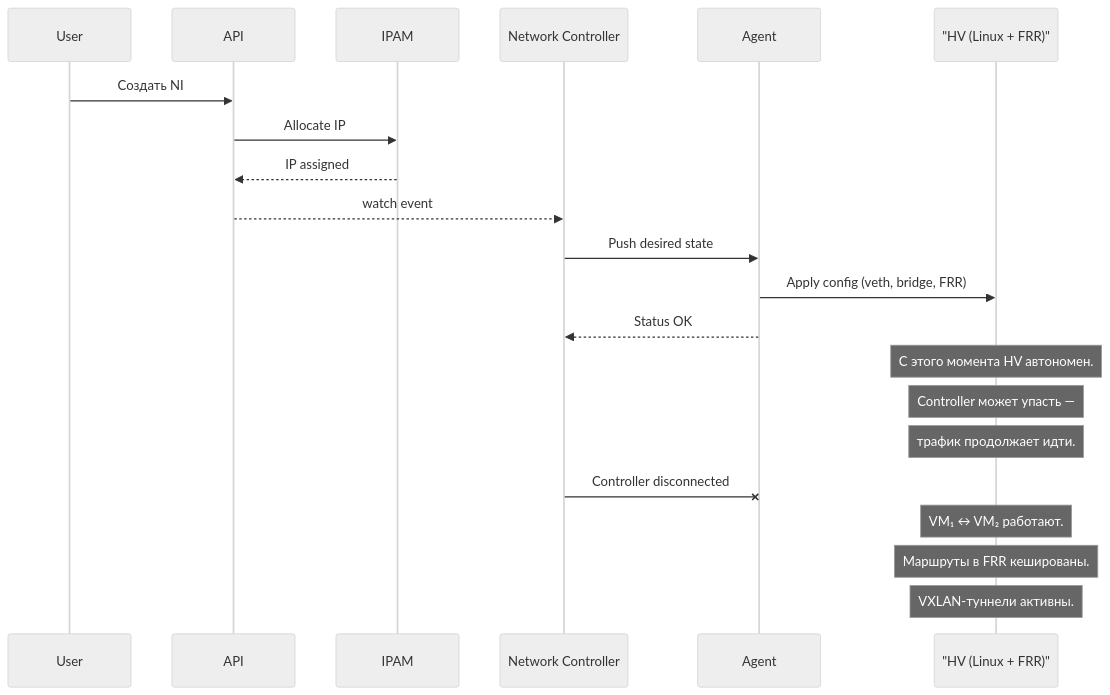
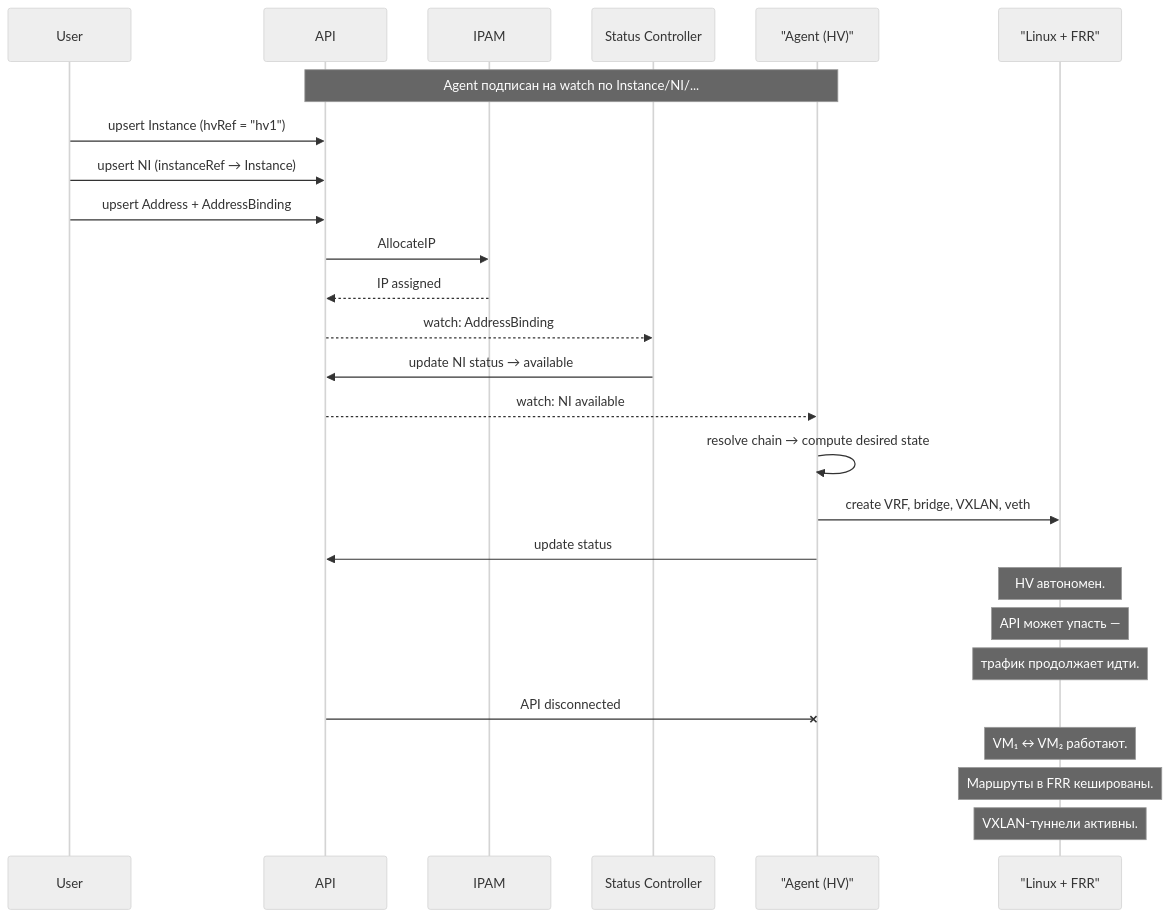
One commit to PRO-Robotech/in-cloud-vpc changed the fourth of 8 diagrams in ARCHITECTURE.md. Above: the diagram before and after it, drawn with Mermaid (neutral theme). The commit also changed other lines of this file and 3 other files, not shown here.

````diff
--- a/ARCHITECTURE.md
+++ b/ARCHITECTURE.md
@@ -496,26 +497,33 @@
 ```mermaid
 sequenceDiagram
     participant User
     participant API
     participant IPAM
-    participant Controller as Network Controller
-    participant Agent
-    participant HV as "HV (Linux + FRR)"
+    participant StatusCtrl as Status Controller
+    participant Agent as "Agent (HV)"
+    participant Kernel as "Linux + FRR"
 
-    User->>API: Создать NI
-    API->>IPAM: Allocate IP
+    Note over Agent,API: Agent подписан на watch по Instance/NI/...
+
+    User->>API: upsert Instance (hvRef = "hv1")
+    User->>API: upsert NI (instanceRef → Instance)
+    User->>API: upsert Address + AddressBinding
+    API->>IPAM: AllocateIP
     IPAM-->>API: IP assigned
-    API-->>Controller: watch event
-    Controller->>Agent: Push desired state
-    Agent->>HV: Apply config (veth, bridge, FRR)
-    Agent-->>Controller: Status OK
+    API-->>StatusCtrl: watch: AddressBinding
+    StatusCtrl->>API: update NI status → available
 
-    Note over HV: С этого момента HV автономен.
-    Note over HV: Controller может упасть —
-    Note over HV: трафик продолжает идти.
+    API-->>Agent: watch: NI available
+    Agent->>Agent: resolve chain → compute desired state
+    Agent->>Kernel: create VRF, bridge, VXLAN, veth
+    Agent->>API: update status
 
-    Controller-xAgent: Controller disconnected
-    Note over HV: VM₁ ↔ VM₂ работают.
-    Note over HV: Маршруты в FRR кешированы.
-    Note over HV: VXLAN-туннели активны.
+    Note over Kernel: HV автономен.
+    Note over Kernel: API может упасть —
+    Note over Kernel: трафик продолжает идти.
+
+    API-xAgent: API disconnected
+    Note over Kernel: VM₁ ↔ VM₂ работают.
+    Note over Kernel: Маршруты в FRR кешированы.
+    Note over Kernel: VXLAN-туннели активны.
 ```
````
